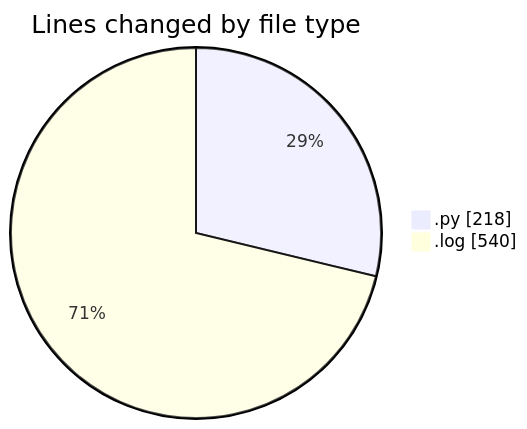
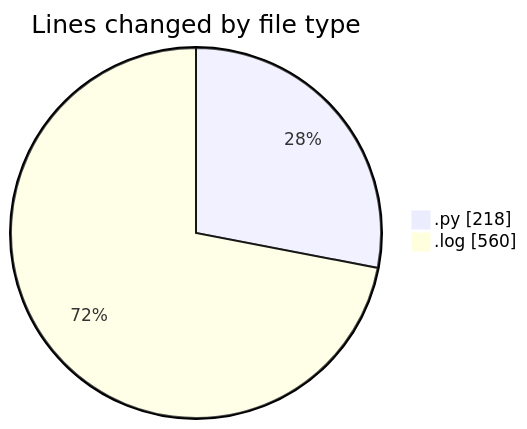
Before and after one commit to momahboobian/code-tracking: the first of 2 diagrams in 2025-05-07/samplepdf/README.md, drawn with Mermaid. The commit also changed other lines of this file and 1 other file, not shown here.

````diff
--- a/2025-05-07/samplepdf/README.md
+++ b/2025-05-07/samplepdf/README.md
@@ -24,6 +24,6 @@
 ```mermaid
 pie showData
 title Lines changed by file type
 ".py" : 218
-".log" : 540
+".log" : 560
 ```
````
